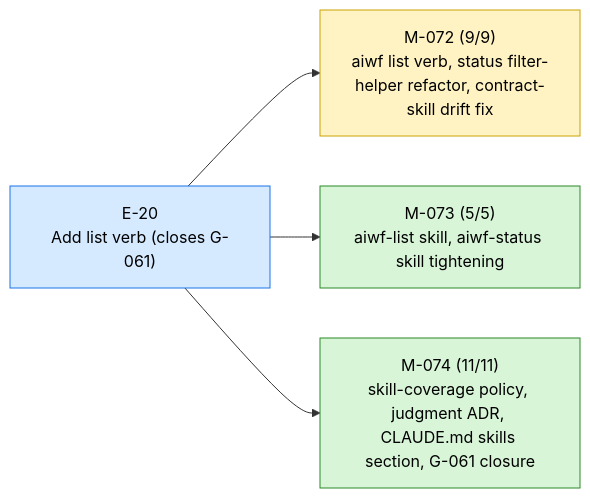
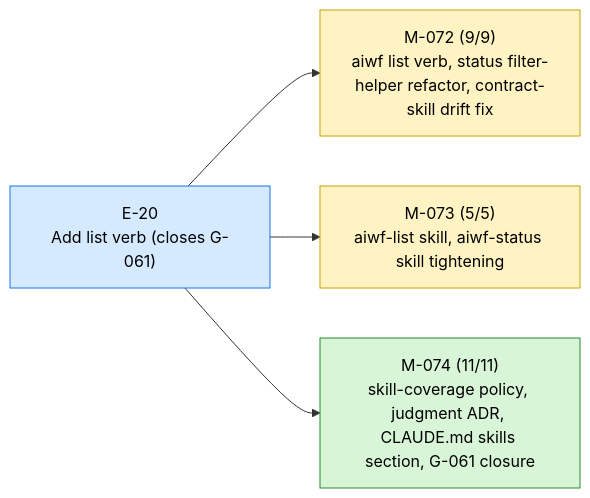
The first of 2 diagrams in STATUS.md (23min/aiwf), drawn with Mermaid before and after one commit. The commit also changed other lines of this file and 1 other file, not shown here.

First line of the commit message:
aiwf promote M-073 done -> in_progress

````diff
--- a/STATUS.md
+++ b/STATUS.md
@@ -13,16 +13,16 @@
 ```mermaid
 flowchart LR
   E_20["E-20<br/>Add list verb (closes G-061)"]:::epic_active
   M_072["M-072 (9/9)<br/>aiwf list verb, status filter-helper refactor, contract-skill drift fix"]:::ms_in_progress
   E_20 --> M_072
-  M_073["M-073 (5/5)<br/>aiwf-list skill, aiwf-status skill tightening"]:::ms_done
+  M_073["M-073 (5/5)<br/>aiwf-list skill, aiwf-status skill tightening"]:::ms_in_progress
   E_20 --> M_073
   M_074["M-074 (11/11)<br/>skill-coverage policy, judgment ADR, CLAUDE.md skills section, G-061 closure"]:::ms_done
   E_20 --> M_074
   classDef epic_active fill:#d6eaff,stroke:#1a73e8,color:#000
   classDef epic_proposed fill:#f4f4f4,stroke:#888,color:#000
   classDef ms_done fill:#d8f5d8,stroke:#2a8a2a,color:#000
   classDef ms_in_progress fill:#fff3c4,stroke:#caa400,color:#000
   classDef ms_draft fill:#f4f4f4,stroke:#888,color:#000
   classDef ms_cancelled fill:#fbeaea,stroke:#c33,color:#000
 ```
````
